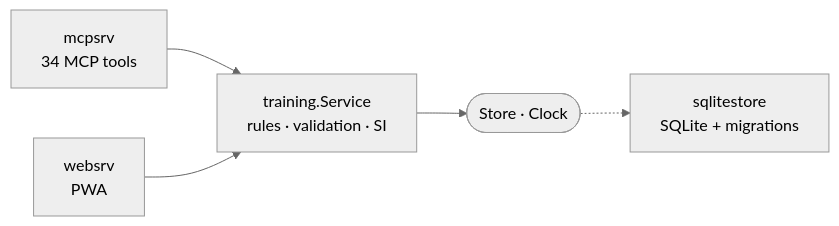
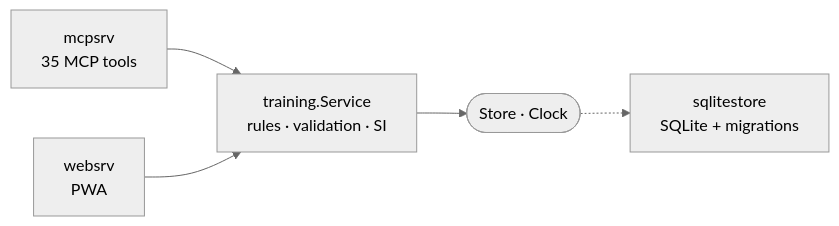
One commit to FullFran/training-mcp changed the diagram in README.md. Above: the diagram before and after it, drawn with Mermaid (neutral theme). The commit also changed other lines of this file and 14 other files, not shown here.

````diff
--- a/README.md
+++ b/README.md
@@ -24,7 +24,7 @@
 ```mermaid
 flowchart LR
-    MCP["mcpsrv<br/>34 MCP tools"] --> SVC
+    MCP["mcpsrv<br/>35 MCP tools"] --> SVC
     WEB["websrv<br/>PWA"] --> SVC
     SVC["training.Service<br/>rules · validation · SI"] --> PORT(["Store · Clock"])
     PORT -.-> SQL["sqlitestore<br/>SQLite + migrations"]
 ```
````
